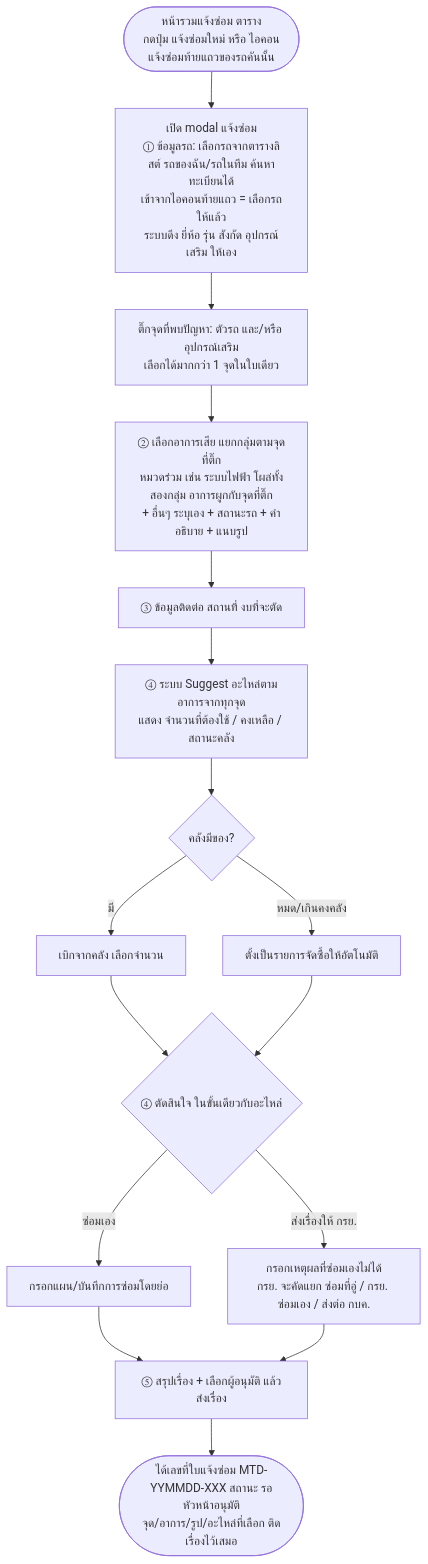
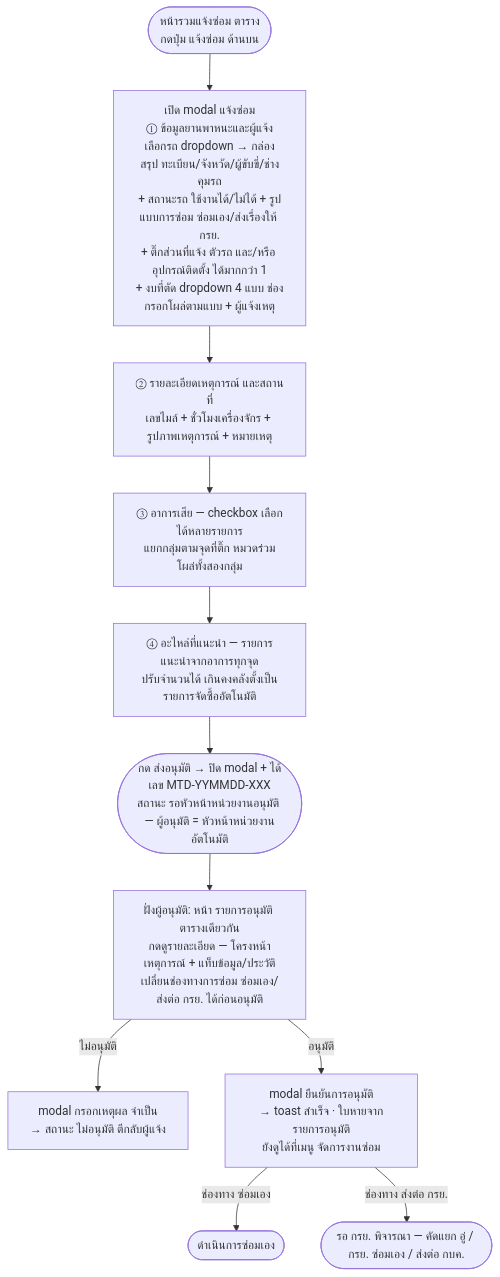
One commit to anugmail/Maintenance-Request-Form changed the diagram in Diagram/02-แจ้งซ่อม-กบค/02-ฟอร์มแจ้งซ่อม.md. Above: the diagram before and after it, drawn with Mermaid. The commit also changed other lines of this file and 37 other files, not shown here.

````diff
--- a/Diagram/02-แจ้งซ่อม-กบค/02-ฟอร์มแจ้งซ่อม.md
+++ b/Diagram/02-แจ้งซ่อม-กบค/02-ฟอร์มแจ้งซ่อม.md
@@ -9,18 +11,13 @@
 ```mermaid
 flowchart TD
-    A([หน้ารวมแจ้งซ่อม ตาราง<br/>กดปุ่ม แจ้งซ่อมใหม่ หรือ ไอคอนแจ้งซ่อมท้ายแถวของรถคันนั้น]) --> B[เปิด modal แจ้งซ่อม<br/>① ข้อมูลรถ: เลือกรถจากตารางลิสต์ รถของฉัน/รถในทีม ค้นหาทะเบียนได้<br/>เข้าจากไอคอนท้ายแถว = เลือกรถให้แล้ว<br/>ระบบดึง ยี่ห้อ รุ่น สังกัด อุปกรณ์เสริม ให้เอง]
-    B --> B2[ติ๊กจุดที่พบปัญหา: ตัวรถ และ/หรือ อุปกรณ์เสริม<br/>เลือกได้มากกว่า 1 จุดในใบเดียว]
-    B2 --> C[② เลือกอาการเสีย แยกกลุ่มตามจุดที่ติ๊ก<br/>หมวดร่วม เช่น ระบบไฟฟ้า โผล่ทั้งสองกลุ่ม อาการผูกกับจุดที่ติ๊ก<br/>+ อื่นๆ ระบุเอง + สถานะรถ + คำอธิบาย + แนบรูป]
-    C --> I[③ ข้อมูลติดต่อ สถานที่ งบที่จะตัด]
-    I --> D[④ ระบบ Suggest อะไหล่ตามอาการจากทุกจุด<br/>แสดง จำนวนที่ต้องใช้ / คงเหลือ / สถานะคลัง]
-    D --> D2{คลังมีของ?}
-    D2 -- มี --> D3[เบิกจากคลัง เลือกจำนวน]
-    D2 -- หมด/เกินคงคลัง --> D4[ตั้งเป็นรายการจัดซื้อให้อัตโนมัติ]
-    D3 --> E
-    D4 --> E{④ ตัดสินใจ ในขั้นเดียวกับอะไหล่}
-    E -- ซ่อมเอง --> F[กรอกแผน/บันทึกการซ่อมโดยย่อ]
-    E -- ส่งเรื่องให้ กรย. --> G[กรอกเหตุผลที่ซ่อมเองไม่ได้<br/>กรย. จะคัดแยก ซ่อมที่อู่ / กรย. ซ่อมเอง / ส่งต่อ กบค.]
-    F --> S[⑤ สรุปเรื่อง + เลือกผู้อนุมัติ แล้วส่งเรื่อง]
-    G --> S
-    S --> H([ได้เลขที่ใบแจ้งซ่อม MTD-YYMMDD-XXX สถานะ รอหัวหน้าอนุมัติ<br/>จุด/อาการ/รูป/อะไหล่ที่เลือก ติดเรื่องไว้เสมอ])
+    A([หน้ารวมแจ้งซ่อม ตาราง<br/>กดปุ่ม แจ้งซ่อม ด้านบน]) --> B[เปิด modal แจ้งซ่อม<br/>① ข้อมูลยานพาหนะและผู้แจ้ง<br/>เลือกรถ dropdown → กล่องสรุป ทะเบียน/จังหวัด/ผู้ขับขี่/ช่างคุมรถ<br/>+ สถานะรถ ใช้งานได้/ไม่ได้ + รูปแบบการซ่อม ซ่อมเอง/ส่งเรื่องให้ กรย.<br/>+ ติ๊กส่วนที่แจ้ง ตัวรถ และ/หรือ อุปกรณ์ติดตั้ง ได้มากกว่า 1<br/>+ งบที่ตัด dropdown 4 แบบ ช่องกรอกโผล่ตามแบบ + ผู้แจ้งเหตุ]
+    B --> C[② รายละเอียดเหตุการณ์ และสถานที่<br/>เลขไมล์ + ชั่วโมงเครื่องจักร + รูปภาพเหตุการณ์ + หมายเหตุ]
+    C --> D[③ อาการเสีย — checkbox เลือกได้หลายรายการ<br/>แยกกลุ่มตามจุดที่ติ๊ก หมวดร่วมโผล่ทั้งสองกลุ่ม]
+    D --> E[④ อะไหล่ที่แนะนำ — รายการแนะนำจากอาการทุกจุด<br/>ปรับจำนวนได้ เกินคงคลังตั้งเป็นรายการจัดซื้ออัตโนมัติ]
+    E --> F([กด ส่งอนุมัติ → ปิด modal + ได้เลข MTD-YYMMDD-XXX<br/>สถานะ รอหัวหน้าหน่วยงานอนุมัติ — ผู้อนุมัติ = หัวหน้าหน่วยงานอัตโนมัติ])
+    F --> G[ฝั่งผู้อนุมัติ: หน้า รายการอนุมัติ ตารางเดียวกัน<br/>กดดูรายละเอียด — โครงหน้าเหตุการณ์ + แท็บข้อมูล/ประวัติ<br/>เปลี่ยนช่องทางการซ่อม ซ่อมเอง/ส่งต่อ กรย. ได้ก่อนอนุมัติ]
+    G -- ไม่อนุมัติ --> H[modal กรอกเหตุผล จำเป็น<br/>→ สถานะ ไม่อนุมัติ ตีกลับผู้แจ้ง]
+    G -- อนุมัติ --> I[modal ยืนยันการอนุมัติ<br/>→ toast สำเร็จ · ใบหายจากรายการอนุมัติ<br/>ยังดูได้ที่เมนู จัดการงานซ่อม]
+    I -- ช่องทาง ซ่อมเอง --> J([ดำเนินการซ่อมเอง])
+    I -- ช่องทาง ส่งต่อ กรย. --> K([รอ กรย. พิจารณา — คัดแยก อู่ / กรย. ซ่อมเอง / ส่งต่อ กบค.])
 ```
````
